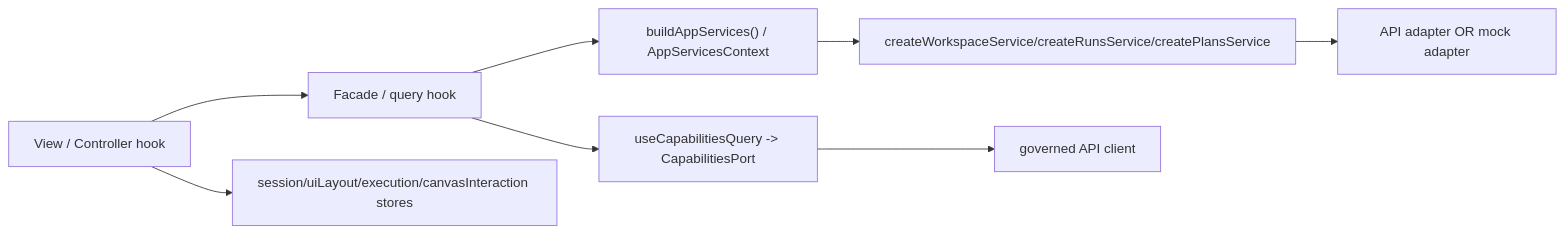
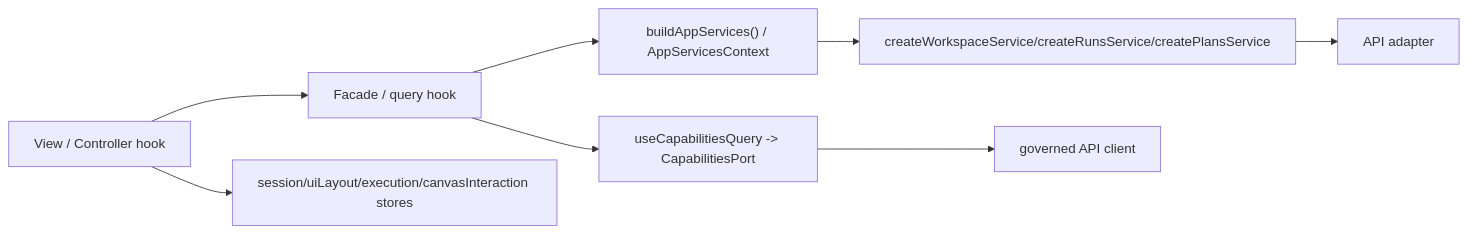
One commit to dunay2/dvt changed the second of 6 diagrams in docs/architecture/components/web/frontend-data-boundary-architecture.md. Above: the diagram before and after it, drawn with Mermaid. The commit also changed other lines of this file and 10 other files, not shown here.

````diff
--- a/docs/architecture/components/web/frontend-data-boundary-architecture.md
+++ b/docs/architecture/components/web/frontend-data-boundary-architecture.md
@@ -32,10 +32,10 @@
 ```mermaid
 flowchart LR
   View["View / Controller hook"] --> Hook["Facade / query hook"]
   Hook --> Composition["buildAppServices() / AppServicesContext"]
   Composition --> Factory["createWorkspaceService/createRunsService/createPlansService"]
-  Factory --> ApiOrMock["API adapter OR mock adapter"]
+  Factory --> ApiAdapter["API adapter"]
   Hook --> Capabilities["useCapabilitiesQuery -> CapabilitiesPort"]
   Capabilities --> ApiClient["governed API client"]
   View --> Stores["session/uiLayout/execution/canvasInteraction stores"]
 ```
````
